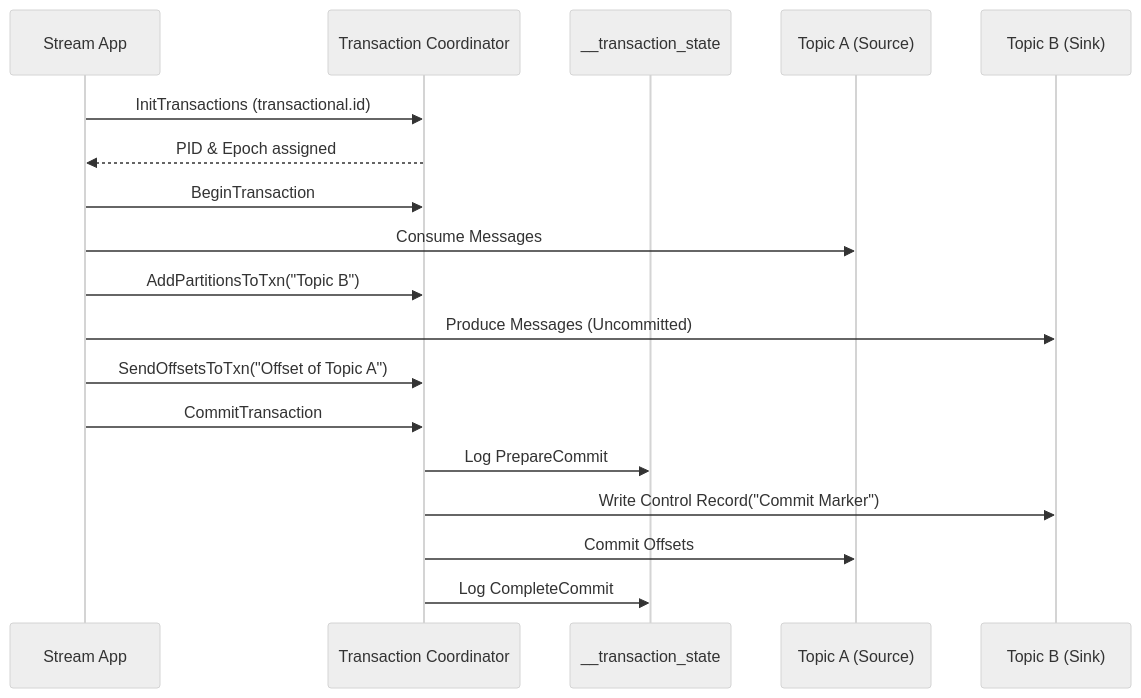
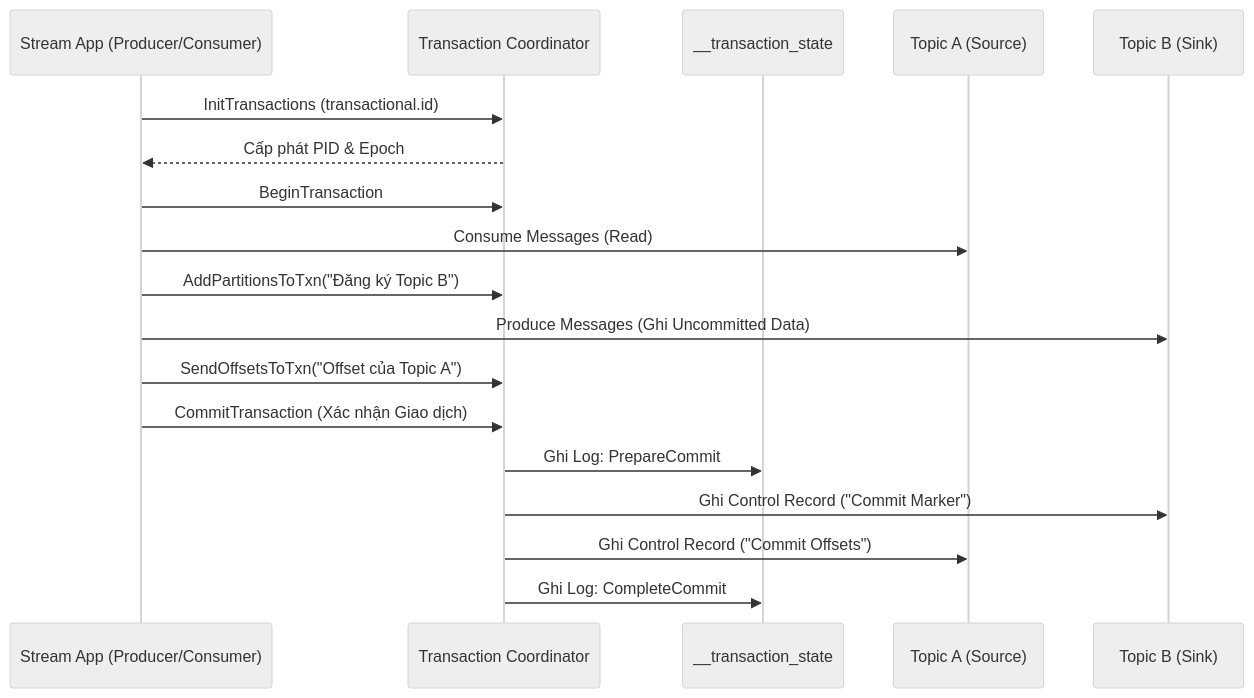
One commit to kythuatdulieu/kythuatdulieu.github.io changed the first of 2 diagrams in src/content/docs/concepts/5-stream-processing-realtime/kafka-exactly-once-semantics.md. Above: the diagram before and after it, drawn with Mermaid (neutral theme). The commit also changed other lines of this file and 228 other files, not shown here.

Commit message:
Fix syntax and rewrite 200+ concepts docs to deep-dive system architecture and add GA4 tracking to quiz app

````diff
--- a/src/content/docs/concepts/5-stream-processing-realtime/kafka-exactly-once-semantics.md
+++ b/src/content/docs/concepts/5-stream-processing-realtime/kafka-exactly-once-semantics.md
@@ -50,21 +60,21 @@
 ```mermaid
 sequenceDiagram
-    participant App as Stream App
+    participant App as Stream App (Producer/Consumer)
     participant TC as Transaction Coordinator
     participant TLog as __transaction_state
     participant TopicA as Topic A (Source)
     participant TopicB as Topic B (Sink)
 
     App->>TC: InitTransactions (transactional.id)
-    TC-->>App: PID & Epoch assigned
+    TC-->>App: Cấp phát PID & Epoch
     App->>TC: BeginTransaction
-    App->>TopicA: Consume Messages
-    App->>TC: AddPartitionsToTxn("Topic B")
-    App->>TopicB: Produce Messages (Uncommitted)
-    App->>TC: SendOffsetsToTxn("Offset of Topic A")
-    App->>TC: CommitTransaction
-    TC->>TLog: Log PrepareCommit
-    TC->>TopicB: Write Control Record("Commit Marker")
-    TC->>TopicA: Commit Offsets
-    TC->>TLog: Log CompleteCommit
+    App->>TopicA: Consume Messages (Read)
+    App->>TC: AddPartitionsToTxn("Đăng ký Topic B")
+    App->>TopicB: Produce Messages (Ghi Uncommitted Data)
+    App->>TC: SendOffsetsToTxn("Offset của Topic A")
+    App->>TC: CommitTransaction (Xác nhận Giao dịch)
+    TC->>TLog: Ghi Log: PrepareCommit
+    TC->>TopicB: Ghi Control Record ("Commit Marker")
+    TC->>TopicA: Ghi Control Record ("Commit Offsets")
+    TC->>TLog: Ghi Log: CompleteCommit
 ```
````
